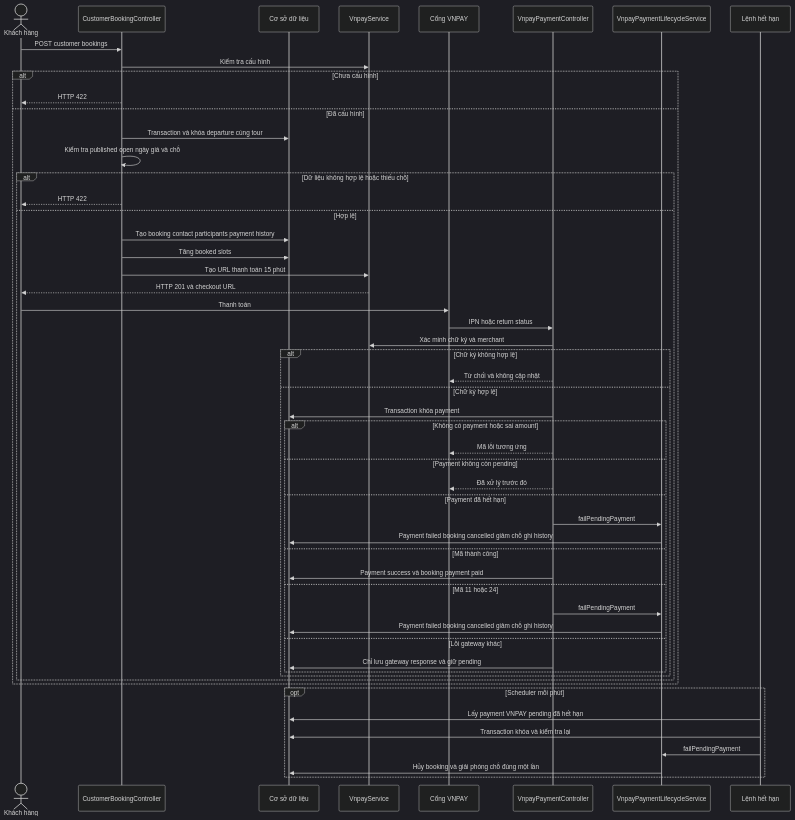
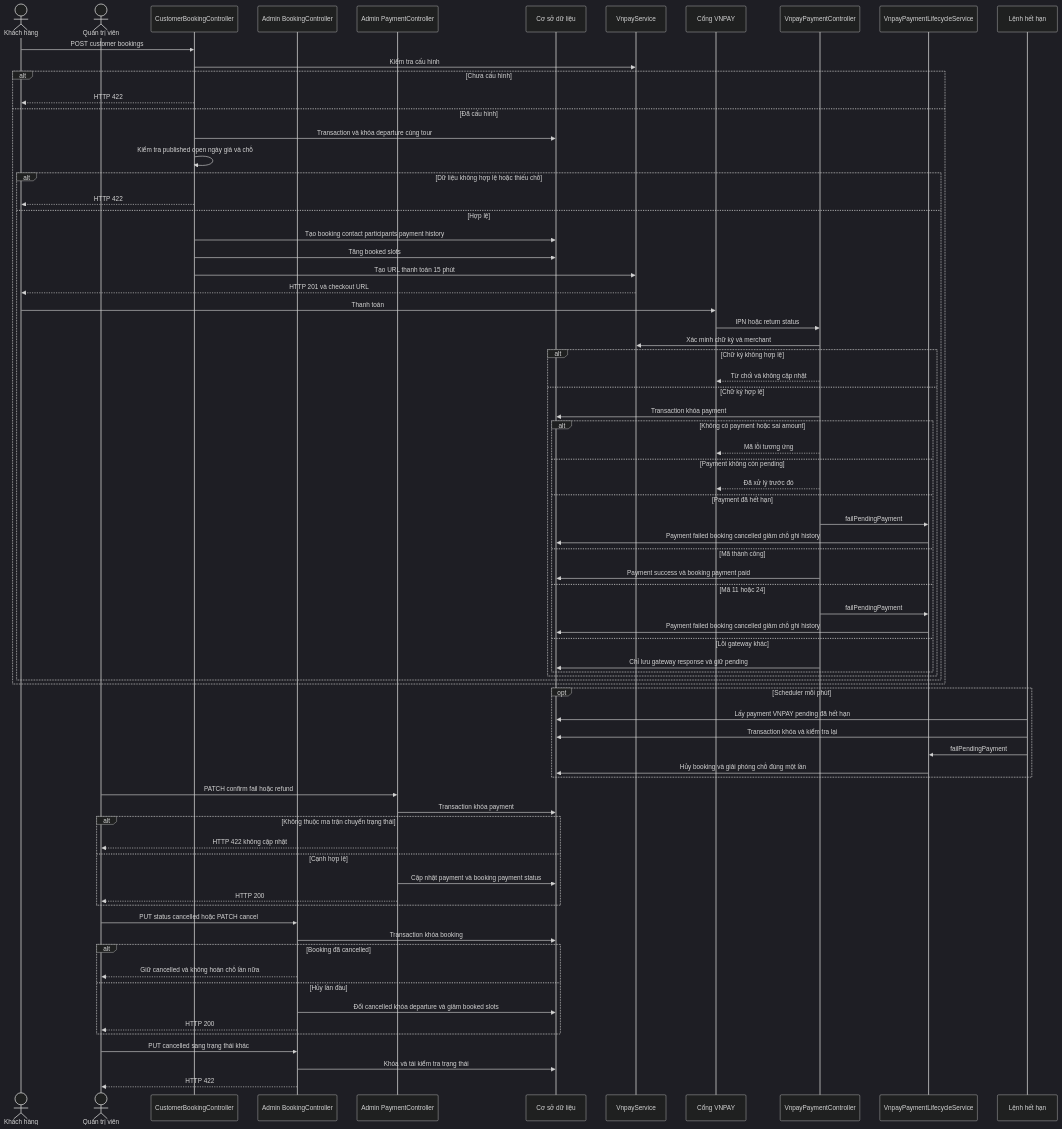
Before and after one commit to phamhoaithu2006/DATN_WD-01: diagram 14 of 39 in docs/reverse-engineering/06-process-and-state-diagrams.md, drawn with Mermaid (dark theme). The commit also changed other lines of this file and 53 other files, not shown here.

````diff
--- a/docs/reverse-engineering/06-process-and-state-diagrams.md
+++ b/docs/reverse-engineering/06-process-and-state-diagrams.md
@@ -325,58 +377,82 @@
 ```mermaid
 sequenceDiagram
     actor Customer as Khách hàng
+    actor Admin as Quản trị viên
     participant Booking as CustomerBookingController
+    participant AdminBooking as Admin BookingController
+    participant AdminPayment as Admin PaymentController
     participant DB as Cơ sở dữ liệu
     participant VService as VnpayService
     participant VNPAY as Cổng VNPAY
     participant Callback as VnpayPaymentController
     participant Lifecycle as VnpayPaymentLifecycleService
     participant Timer as Lệnh hết hạn
 
     Customer->>Booking: POST customer bookings
     Booking->>VService: Kiểm tra cấu hình
     alt Chưa cấu hình
         Booking-->>Customer: HTTP 422
     else Đã cấu hình
         Booking->>DB: Transaction và khóa departure cùng tour
         Booking->>Booking: Kiểm tra published open ngày giá và chỗ
         alt Dữ liệu không hợp lệ hoặc thiếu chỗ
             Booking-->>Customer: HTTP 422
         else Hợp lệ
             Booking->>DB: Tạo booking contact participants payment history
             Booking->>DB: Tăng booked slots
             Booking->>VService: Tạo URL thanh toán 15 phút
             VService-->>Customer: HTTP 201 và checkout URL
             Customer->>VNPAY: Thanh toán
             VNPAY->>Callback: IPN hoặc return status
             Callback->>VService: Xác minh chữ ký và merchant
             alt Chữ ký không hợp lệ
                 Callback-->>VNPAY: Từ chối và không cập nhật
             else Chữ ký hợp lệ
                 Callback->>DB: Transaction khóa payment
                 alt Không có payment hoặc sai amount
                     Callback-->>VNPAY: Mã lỗi tương ứng
                 else Payment không còn pending
                     Callback-->>VNPAY: Đã xử lý trước đó
                 else Payment đã hết hạn
                     Callback->>Lifecycle: failPendingPayment
                     Lifecycle->>DB: Payment failed booking cancelled giảm chỗ ghi history
                 else Mã thành công
                     Callback->>DB: Payment success và booking payment paid
                 else Mã 11 hoặc 24
                     Callback->>Lifecycle: failPendingPayment
                     Lifecycle->>DB: Payment failed booking cancelled giảm chỗ ghi history
                 else Lỗi gateway khác
                     Callback->>DB: Chỉ lưu gateway response và giữ pending
                 end
             end
         end
     end
 
     opt Scheduler mỗi phút
         Timer->>DB: Lấy payment VNPAY pending đã hết hạn
         Timer->>DB: Transaction khóa và kiểm tra lại
         Timer->>Lifecycle: failPendingPayment
         Lifecycle->>DB: Hủy booking và giải phóng chỗ đúng một lần
     end
+
+    Admin->>AdminPayment: PATCH confirm fail hoặc refund
+    AdminPayment->>DB: Transaction khóa payment
+    alt Không thuộc ma trận chuyển trạng thái
+        AdminPayment-->>Admin: HTTP 422 không cập nhật
+    else Cạnh hợp lệ
+        AdminPayment->>DB: Cập nhật payment và booking payment status
+        AdminPayment-->>Admin: HTTP 200
+    end
+
+    Admin->>AdminBooking: PUT status cancelled hoặc PATCH cancel
+    AdminBooking->>DB: Transaction khóa booking
+    alt Booking đã cancelled
+        AdminBooking-->>Admin: Giữ cancelled và không hoàn chỗ lần nữa
+    else Hủy lần đầu
+        AdminBooking->>DB: Đổi cancelled khóa departure và giảm booked slots
+        AdminBooking-->>Admin: HTTP 200
+    end
+    Admin->>AdminBooking: PUT cancelled sang trạng thái khác
+    AdminBooking->>DB: Khóa và tái kiểm tra trạng thái
+    AdminBooking-->>Admin: HTTP 422
 ```
````
